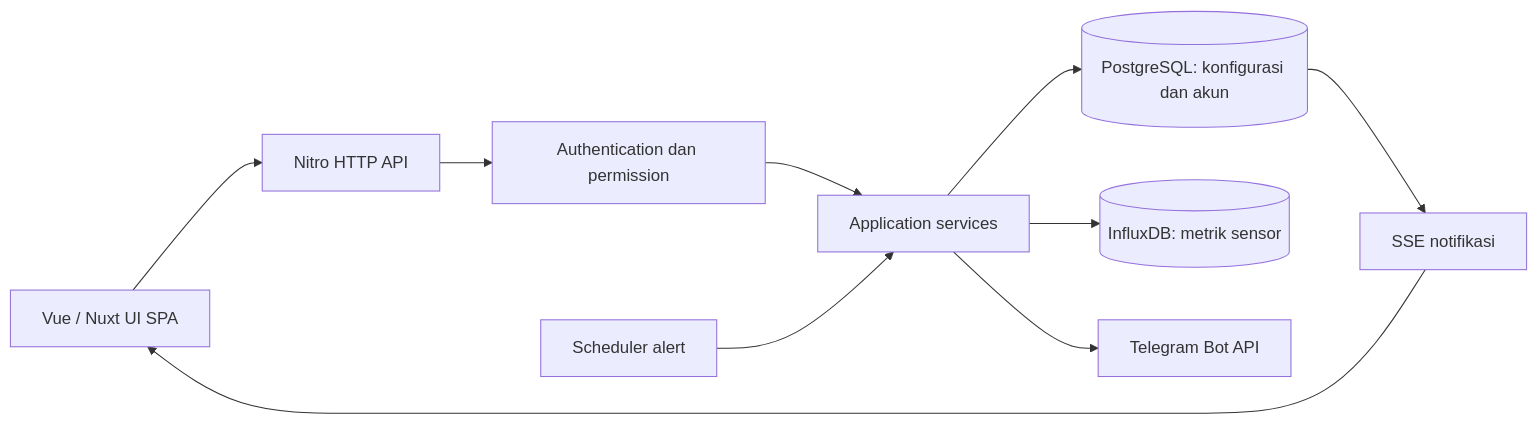
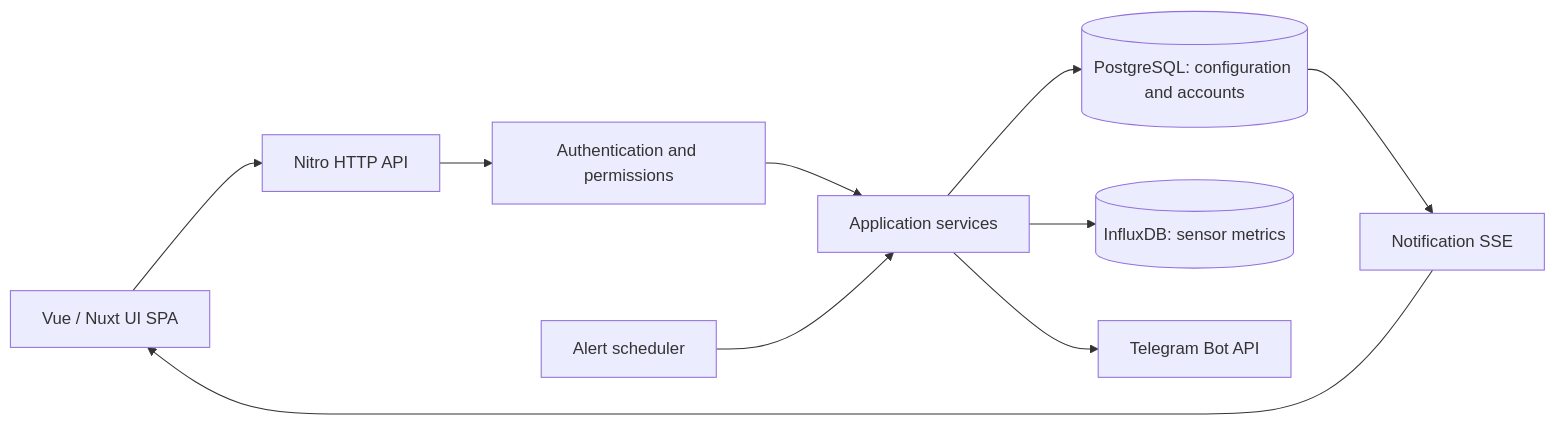
Before and after one commit to fajar-dev/observed: the diagram in docs/architecture/overview.md, drawn with Mermaid. The commit also changed other lines of this file and 31 other files, not shown here.

````diff
--- a/docs/architecture/overview.md
+++ b/docs/architecture/overview.md
@@ -5,12 +5,12 @@
 ```mermaid
 flowchart LR
   Browser[Vue / Nuxt UI SPA] --> HTTP[Nitro HTTP API]
-  HTTP --> Auth[Authentication dan permission]
+  HTTP --> Auth[Authentication and permissions]
   Auth --> Services[Application services]
-  Services --> PG[(PostgreSQL: konfigurasi dan akun)]
-  Services --> Influx[(InfluxDB: metrik sensor)]
-  Scheduler[Scheduler alert] --> Services
+  Services --> PG[(PostgreSQL: configuration and accounts)]
+  Services --> Influx[(InfluxDB: sensor metrics)]
+  Scheduler[Alert scheduler] --> Services
   Services --> Telegram[Telegram Bot API]
-  PG --> Stream[SSE notifikasi]
+  PG --> Stream[Notification SSE]
   Stream --> Browser
 ```
````
